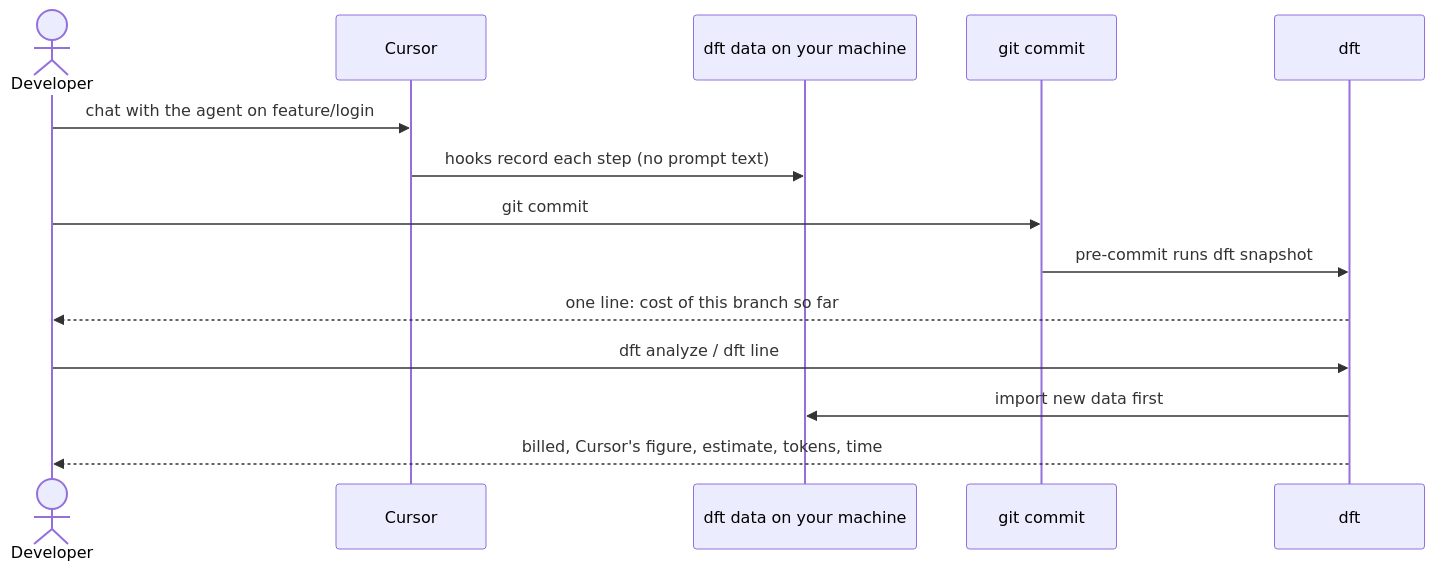
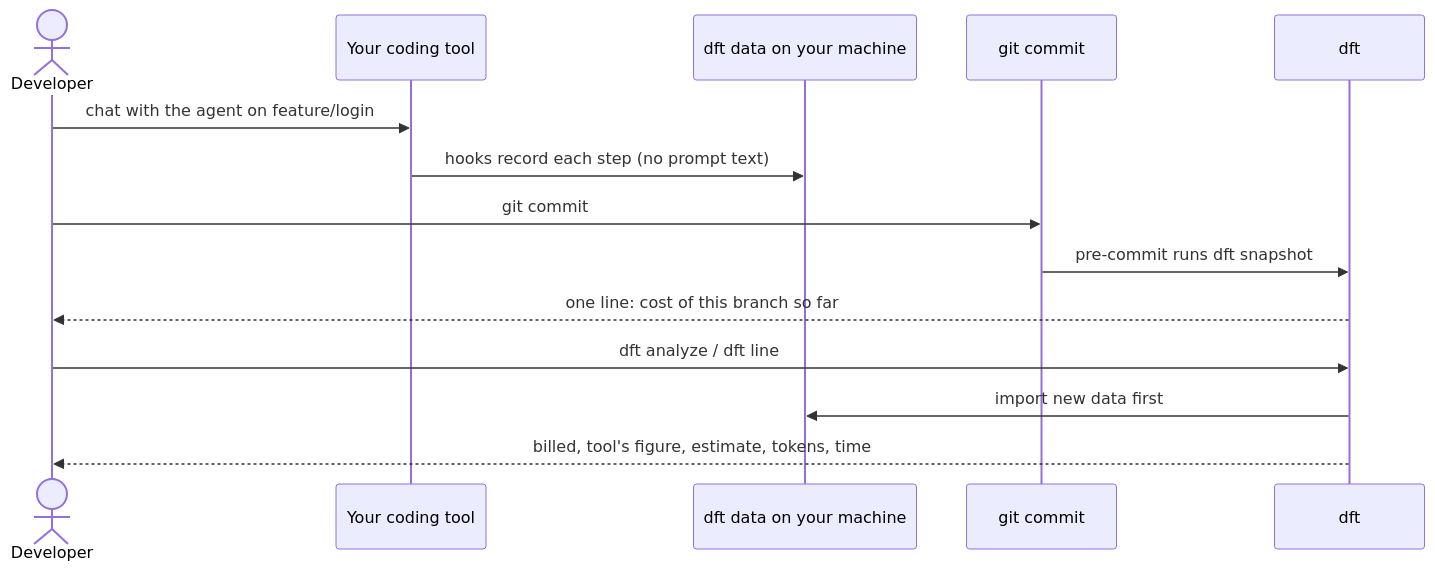
One commit to BleedingDev/dx-feature-tracker changed the sixth of 19 diagrams in docs/HOW-IT-WORKS.md. Above: the diagram before and after it, drawn with Mermaid. The commit also changed other lines of this file and 3 other files, not shown here.

````diff
--- a/docs/HOW-IT-WORKS.md
+++ b/docs/HOW-IT-WORKS.md
@@ -199,16 +221,16 @@
 ```mermaid
 sequenceDiagram
     actor Dev as Developer
-    participant Cursor
+    participant Tool as Your coding tool
     participant Store as dft data on your machine
     participant Git as git commit
     participant dft
-    Dev->>Cursor: chat with the agent on feature/login
-    Cursor->>Store: hooks record each step (no prompt text)
+    Dev->>Tool: chat with the agent on feature/login
+    Tool->>Store: hooks record each step (no prompt text)
     Dev->>Git: git commit
     Git->>dft: pre-commit runs dft snapshot
     dft-->>Dev: one line: cost of this branch so far
     Dev->>dft: dft analyze / dft line
     dft->>Store: import new data first
-    dft-->>Dev: billed, Cursor's figure, estimate, tokens, time
+    dft-->>Dev: billed, tool's figure, estimate, tokens, time
 ```
````
